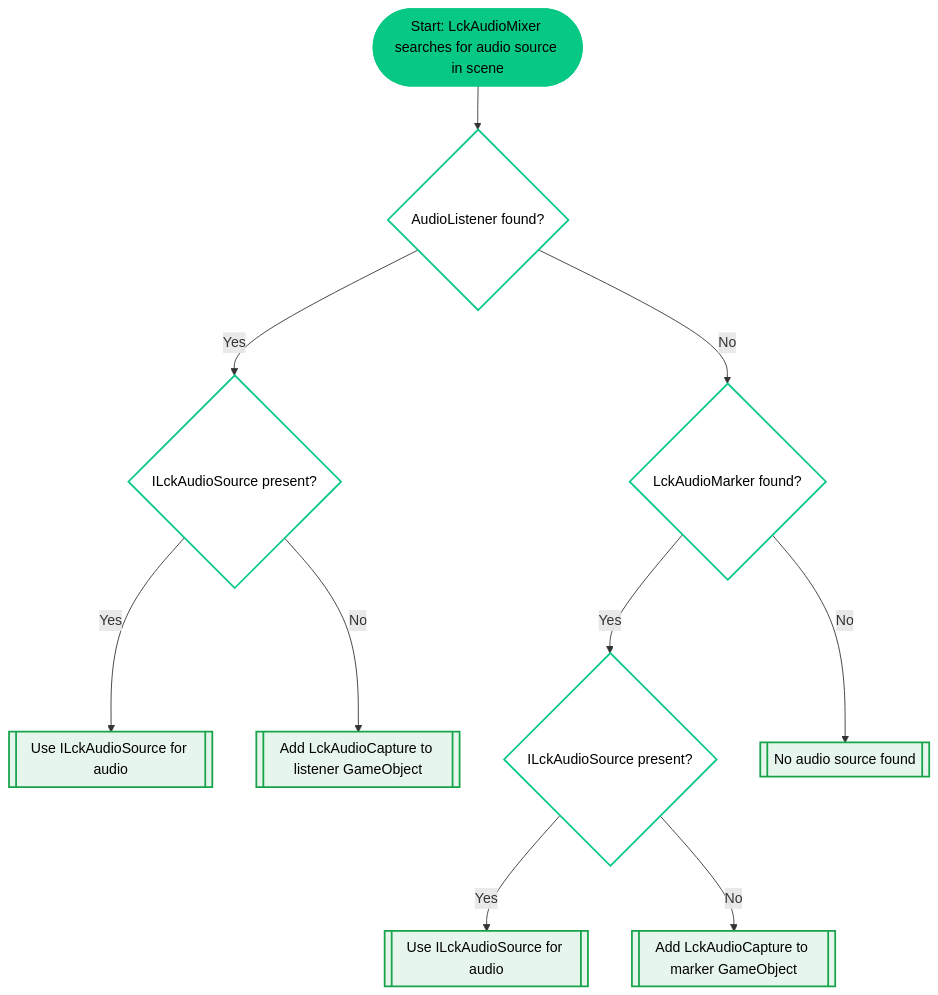
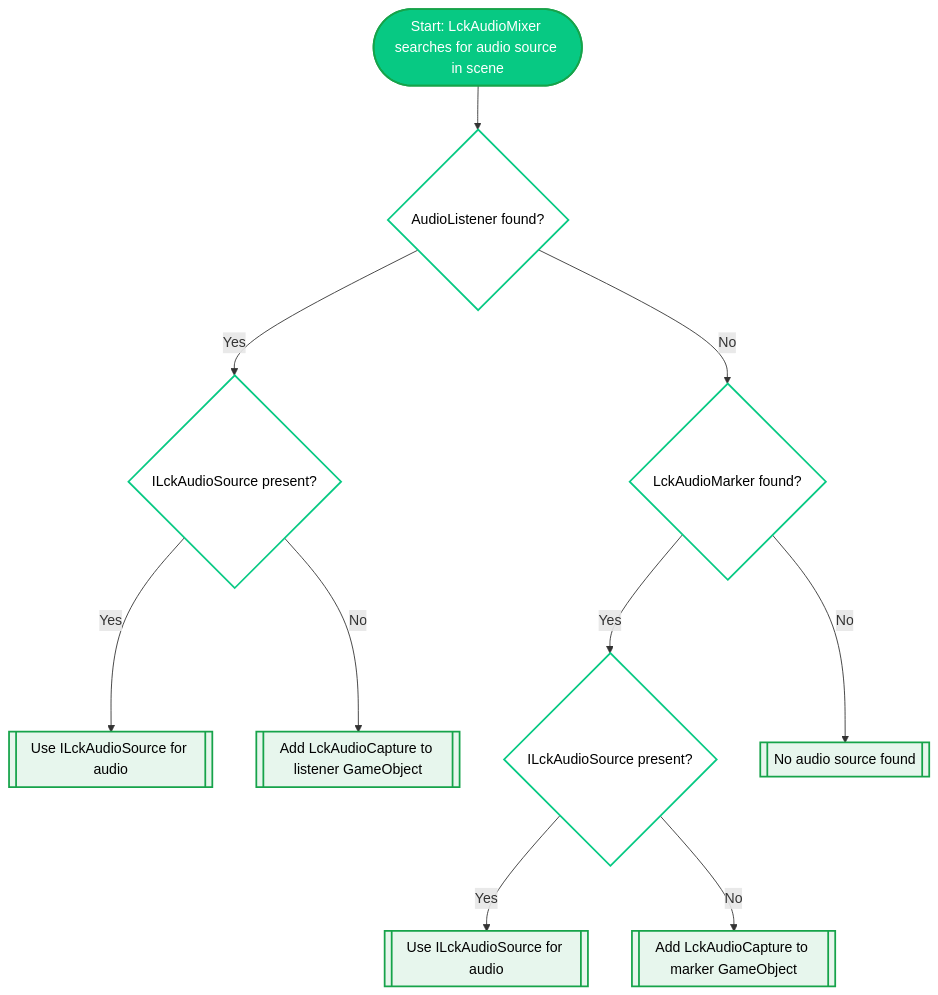
One commit to freydog-liv/docs changed the diagram in customisation/audio.mdx. Above: the diagram before and after it, drawn with Mermaid.

Commit message:
Documentation edits made through Mintlify web editor

````diff
--- a/customisation/audio.mdx
+++ b/customisation/audio.mdx
@@ -13,29 +13,29 @@
 ```mermaid
 flowchart TD
     A([Start: LckAudioMixer searches for audio source in scene]) --> B{AudioListener found?}
 
     B -->|Yes| C{ILckAudioSource present?}
     C -->|Yes| D[[Use ILckAudioSource for audio]]
     C -->|No| E[[Add LckAudioCapture to listener GameObject]]
 
     B -->|No| F{LckAudioMarker found?}
     F -->|Yes| G{ILckAudioSource present?}
     G -->|Yes| H[[Use ILckAudioSource for audio]]
     G -->|No| I[[Add LckAudioCapture to marker GameObject]]
 
     F -->|No| J[[No audio source found]]
 
 
          %% Styling
-    style A fill:#07C983,stroke:#07C983,stroke-width:2px,color:#000000
+    style A fill:#07C983,stroke:#16A34A,stroke-width:2px,color:#FFFFFF
     style B fill:#FFFFFF,stroke:#07C983,stroke-width:2px,color:#000000
     style C fill:#FFFFFF,stroke:#07C983,stroke-width:2px,color:#000000
     style F fill:#FFFFFF,stroke:#07C983,stroke-width:2px,color:#000000
     style G fill:#FFFFFF,stroke:#07C983,stroke-width:2px,color:#000000
 
     style D fill:#E7F6ED,stroke:#16A34A,stroke-width:2px,color:#000000
     style E fill:#E7F6ED,stroke:#16A34A,stroke-width:2px,color:#000000
     style H fill:#E7F6ED,stroke:#16A34A,stroke-width:2px,color:#000000
     style I fill:#E7F6ED,stroke:#16A34A,stroke-width:2px,color:#000000
     style J fill:#E7F6ED,stroke:#16A34A,stroke-width:2px,color:#000000
 ```
````
